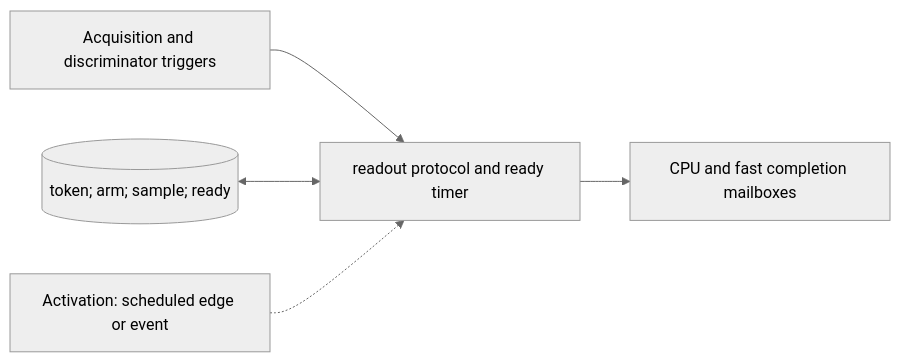
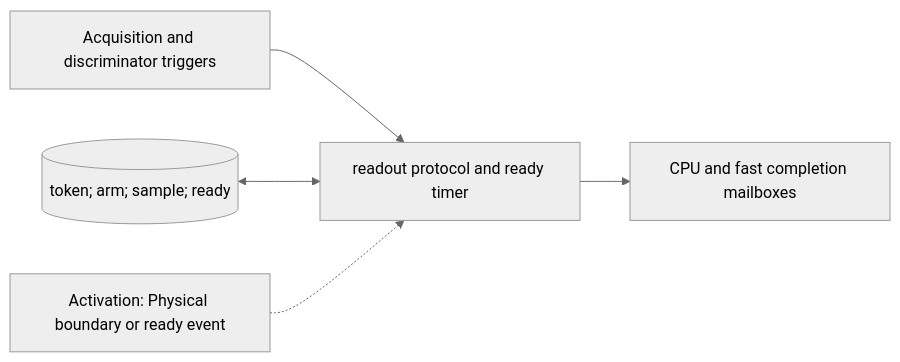
One commit to qsbit-org/qsbit-sim changed the diagram in docs/modules/acquisition-and-discrimination.md. Above: the diagram before and after it, drawn with Mermaid (neutral theme). The commit also changed other lines of this file and 24 other files, not shown here.

````diff
--- a/docs/modules/acquisition-and-discrimination.md
+++ b/docs/modules/acquisition-and-discrimination.md
@@ -17,7 +17,7 @@
 ```mermaid
 flowchart LR
     U["Acquisition and discriminator triggers"] --> P["readout protocol and ready timer"]
     S[("token; arm; sample; ready")] <--> P
     P --> D["CPU and fast completion mailboxes"]
-    K["Activation: scheduled edge or event"] -.-> P
+    K["Activation: Physical boundary or ready event"] -.-> P
 ```
````
